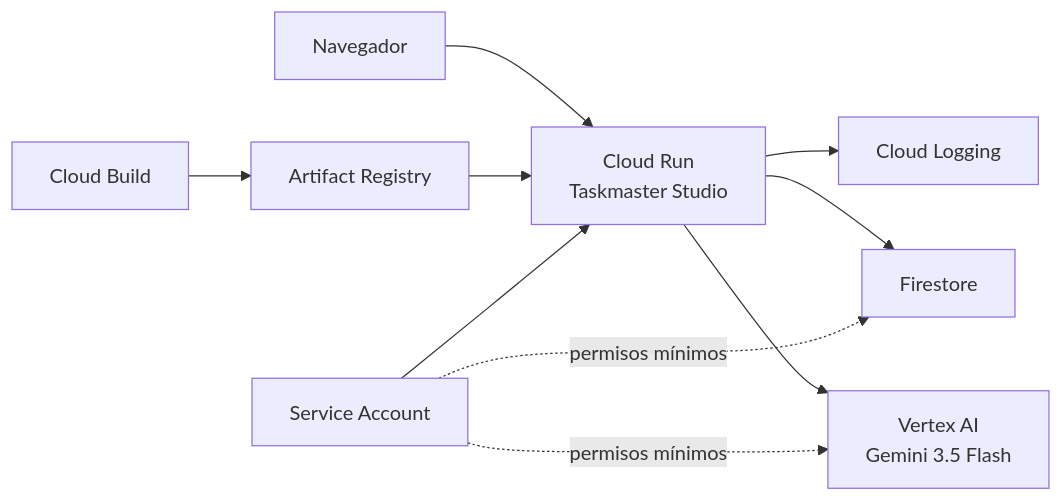
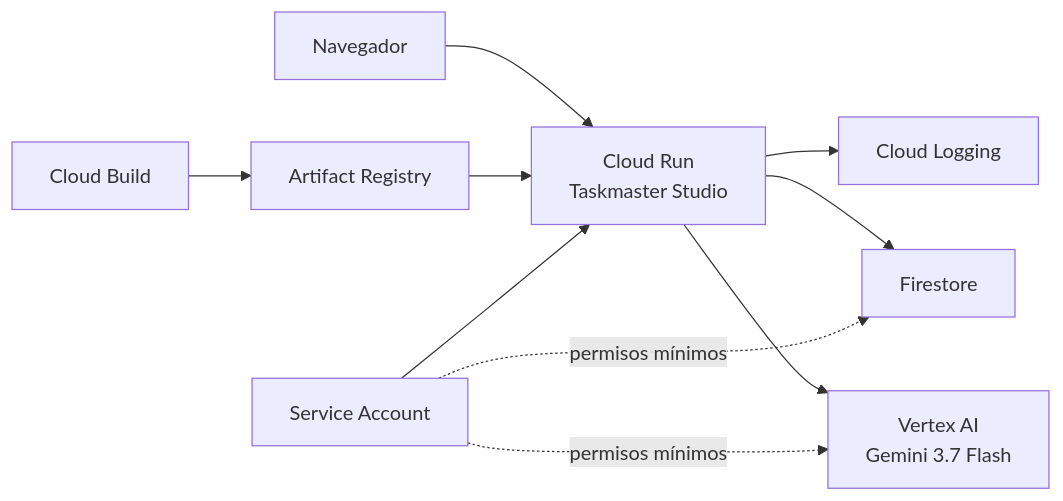
Before and after one commit to JavierMurcia/collaborative-taskmaster-studio: the eighth of 8 diagrams in docs/03_ARQUITECTURA_IMPLEMENTACION.md, drawn with Mermaid. The commit also changed other lines of this file and 17 other files, not shown here.

````diff
--- a/docs/03_ARQUITECTURA_IMPLEMENTACION.md
+++ b/docs/03_ARQUITECTURA_IMPLEMENTACION.md
@@ -823,12 +828,12 @@
 ```mermaid
 flowchart LR
     BROWSER["Navegador"] --> RUN["Cloud Run\nTaskmaster Studio"]
-    RUN --> VERTEX["Vertex AI\nGemini 3.5 Flash"]
+    RUN --> VERTEX["Vertex AI\nGemini 3.7 Flash"]
     RUN --> FS["Firestore"]
     RUN --> LOGS["Cloud Logging"]
     BUILD["Cloud Build"] --> AR["Artifact Registry"]
     AR --> RUN
     SA["Service Account"] --> RUN
     SA -. permisos mínimos .-> VERTEX
     SA -. permisos mínimos .-> FS
 ```
````
